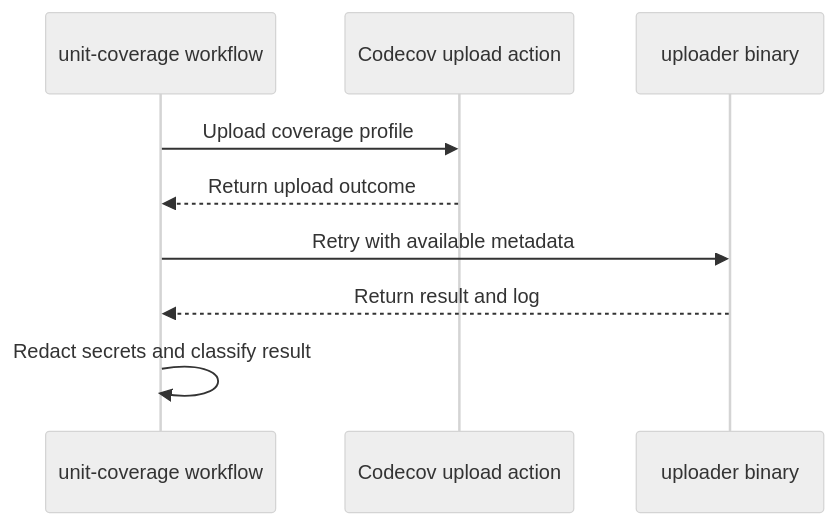
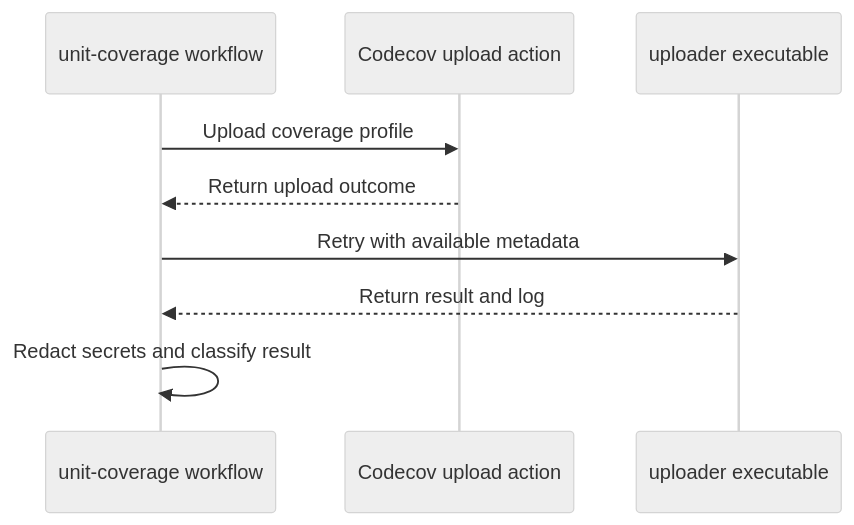
Before and after one commit to reruno/kueue-llm-wiki: the diagram in raw/github/kubernetes-sigs__kueue/pr-17039.md, drawn with Mermaid (neutral theme). The commit also changed other lines of this file and 952 other files, not shown here.

````diff
--- a/raw/github/kubernetes-sigs__kueue/pr-17039.md
+++ b/raw/github/kubernetes-sigs__kueue/pr-17039.md
@@ -195,11 +203,11 @@
 ```mermaid
 sequenceDiagram
   participant Workflow as unit-coverage workflow
   participant Action as Codecov upload action
-  participant Uploader as uploader binary
+  participant Uploader as uploader executable
   Workflow->>Action: Upload coverage profile
   Action-->>Workflow: Return upload outcome
   Workflow->>Uploader: Retry with available metadata
   Uploader-->>Workflow: Return result and log
   Workflow->>Workflow: Redact secrets and classify result
 ```
````
